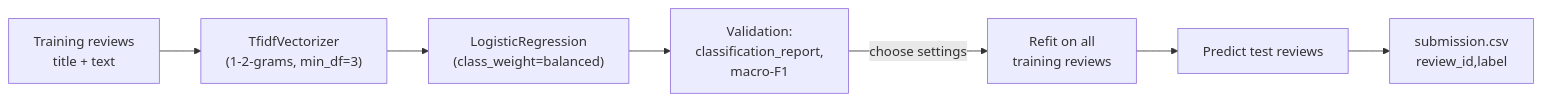
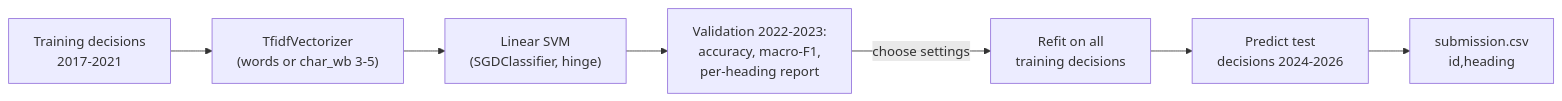
One commit to khoadaniel/statistical-programming-mpmd-htw-ws-2026 changed the diagram in sessions/13-classical-nlp/theory/02-tfidf-and-text-classification.md. Above: the diagram before and after it, drawn with Mermaid. The commit also changed other lines of this file and 268 other files, not shown here.

````diff
--- a/sessions/13-classical-nlp/theory/02-tfidf-and-text-classification.md
+++ b/sessions/13-classical-nlp/theory/02-tfidf-and-text-classification.md
@@ -7,9 +7,9 @@
 ```mermaid
 flowchart LR
-    T["Training reviews<br/>title + text"] --> V["TfidfVectorizer<br/>(1-2-grams, min_df=3)"]
-    V --> C["LogisticRegression<br/>(class_weight=balanced)"]
-    C --> E["Validation:<br/>classification_report,<br/>macro-F1"]
-    E -->|"choose settings"| F["Refit on all<br/>training reviews"]
-    F --> P["Predict test reviews"]
-    P --> S["submission.csv<br/>review_id,label"]
+    T["Training decisions<br/>2017-2021"] --> V["TfidfVectorizer<br/>(words or char_wb 3-5)"]
+    V --> C["Linear SVM<br/>(SGDClassifier, hinge)"]
+    C --> E["Validation 2022-2023:<br/>accuracy, macro-F1,<br/>per-heading report"]
+    E -->|"choose settings"| F["Refit on all<br/>training decisions"]
+    F --> P["Predict test<br/>decisions 2024-2026"]
+    P --> S["submission.csv<br/>id,heading"]
 ```
````
